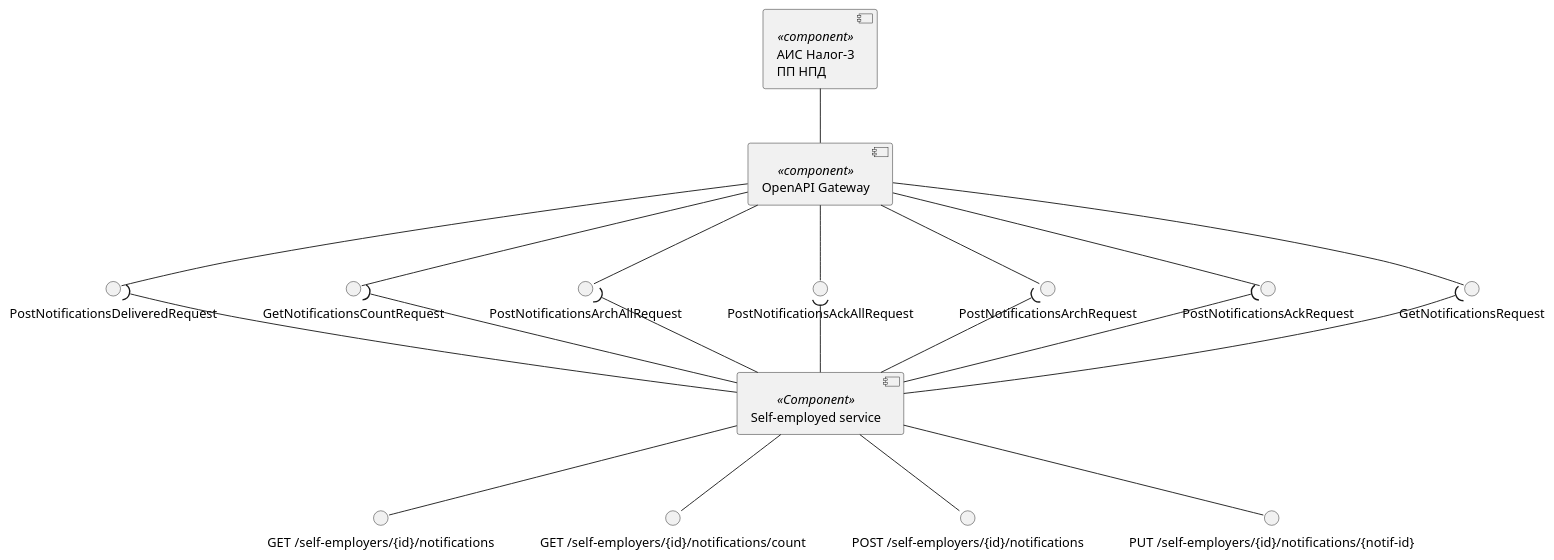
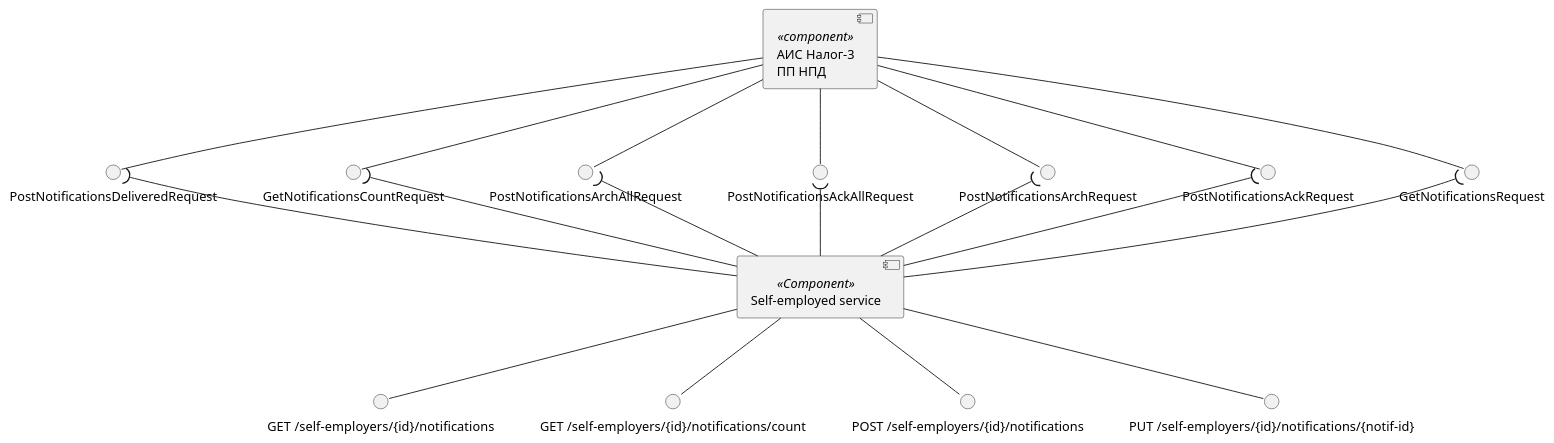
One commit to RaikBitters/ibank-internal-services changed the sixth of 7 diagrams in diagrams/self-employed-service/components.puml. Above: the diagram before and after it, drawn with PlantUML. The commit also changed other lines of this file and 6 other files, not shown here.

Commit message:
Updated diagrams

```diff
--- a/diagrams/self-employed-service/components.puml
+++ b/diagrams/self-employed-service/components.puml
@@ -192,41 +184,39 @@
 @startuml notifications-components
 
 component "АИС Налог-3\nПП НПД" as Tax3 <<component>>
-component "OpenAPI Gateway" as OpenAPI <<component>>
 interface "GetNotificationsRequest" as GetNotifications
 interface "PostNotificationsAckRequest" as PostNotificationsAck
 interface "PostNotificationsArchRequest" as PostNotificationsArch
 interface "PostNotificationsAckAllRequest" as PostNotificationsAckAll
 interface "PostNotificationsArchAllRequest" as PostNotificationsArchAllRequest
 interface "GetNotificationsCountRequest" as GetNotificationsCount
 interface "PostNotificationsDeliveredRequest" as PostNotificationsDeliveredRequest
 
-Tax3 -- OpenAPI
-OpenAPI --() GetNotifications
-OpenAPI --() PostNotificationsAck
-OpenAPI --() PostNotificationsArch
-OpenAPI --() PostNotificationsAckAll
-OpenAPI --() PostNotificationsArchAllRequest
-OpenAPI --() GetNotificationsCount
-OpenAPI --() PostNotificationsDeliveredRequest
+Tax3 --() GetNotifications
+Tax3 --() PostNotificationsAck
+Tax3 --() PostNotificationsArch
+Tax3 --() PostNotificationsAckAll
+Tax3 --() PostNotificationsArchAllRequest
+Tax3 --() GetNotificationsCount
+Tax3 --() PostNotificationsDeliveredRequest
 
 component "Self-employed service" as SelfEmplService <<Component>>
 interface "GET  /self-employers/{id}/notifications" as getNotifications
 interface "GET  /self-employers/{id}/notifications/count" as getNotificationsCount
 interface "POST /self-employers/{id}/notifications" as postNotifications
 interface "PUT  /self-employers/{id}/notifications/{notif-id}" as putNotificationId
 
 SelfEmplService --() getNotifications
 SelfEmplService --() getNotificationsCount
 SelfEmplService --() postNotifications
 SelfEmplService --() putNotificationId
 
 SelfEmplService -up-( GetNotifications
 SelfEmplService -up-( PostNotificationsAck
 SelfEmplService -up-( PostNotificationsArch
 SelfEmplService -up-( PostNotificationsAckAll
 SelfEmplService -up-( PostNotificationsArchAllRequest
 SelfEmplService -up-( GetNotificationsCount
 SelfEmplService -up-( PostNotificationsDeliveredRequest
 
 @enduml
```
